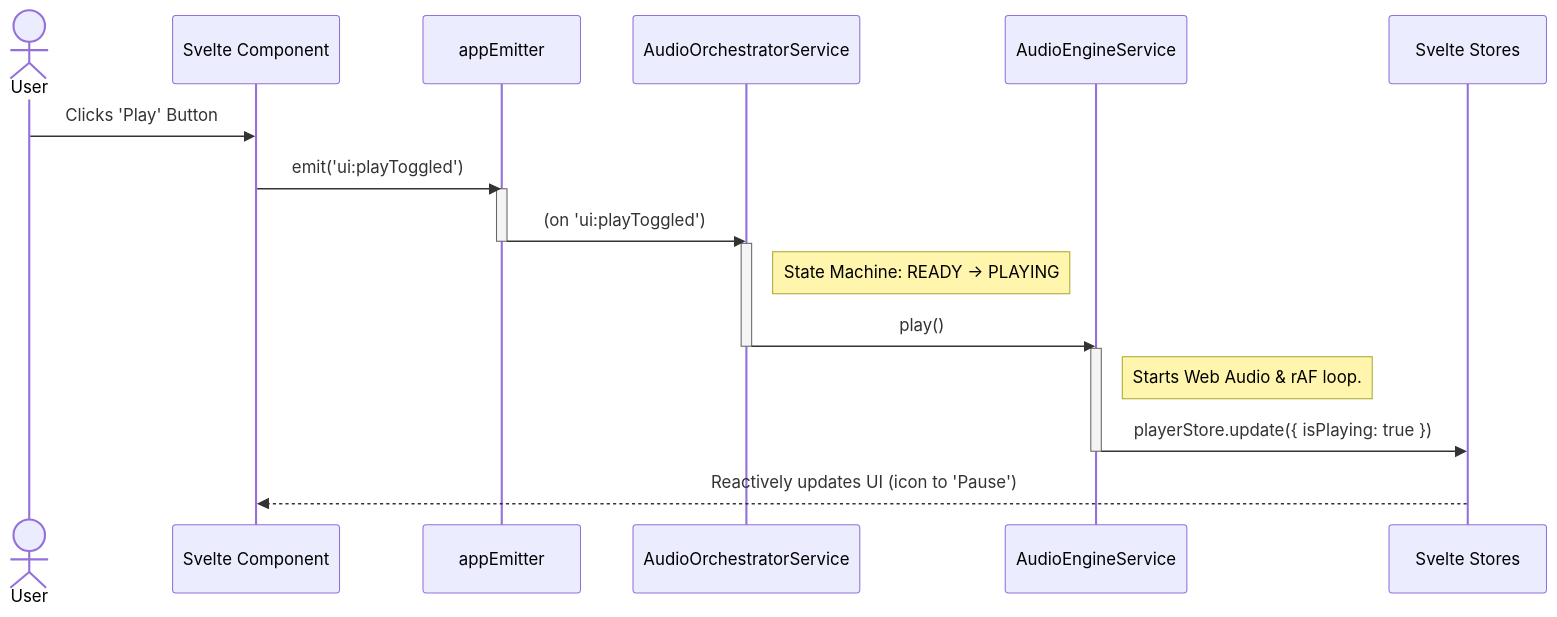
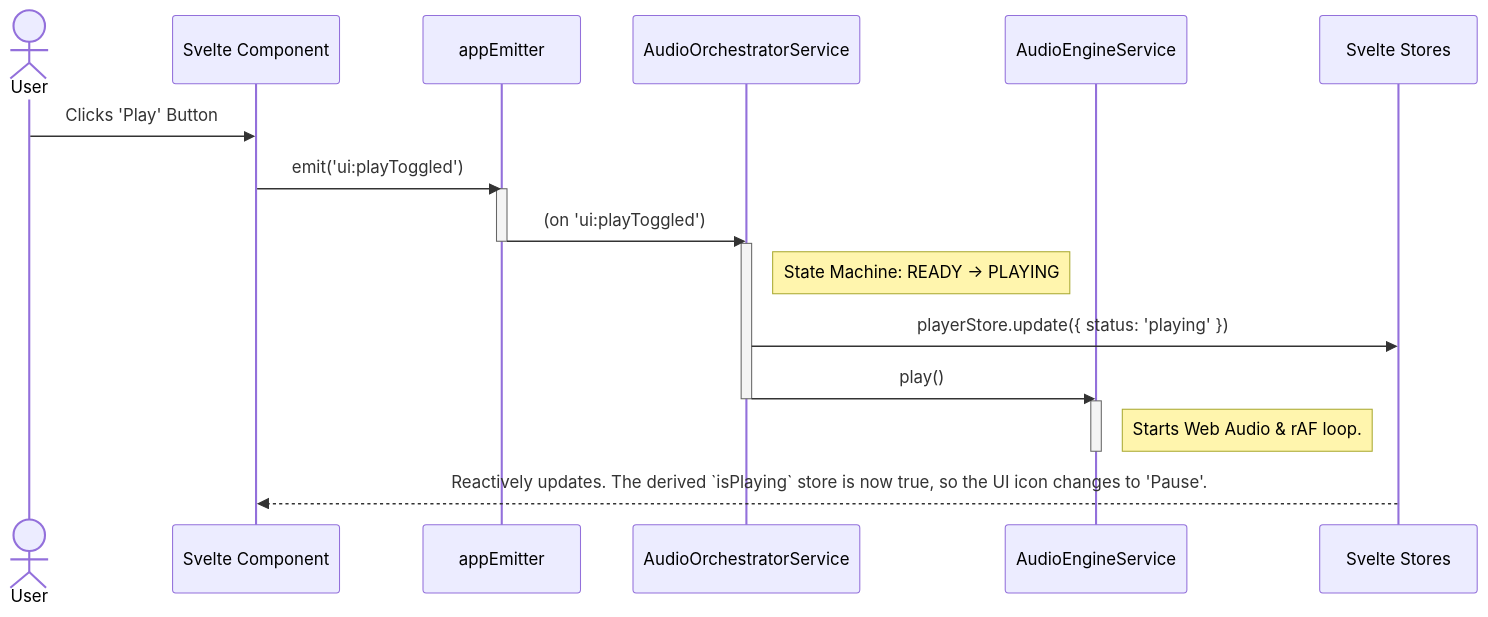
One commit to averykhoo/vibe-player-v3 changed the second of 4 diagrams in REFACTOR_PLAN.md. Above: the diagram before and after it, drawn with Mermaid. The commit also changed other lines of this file, not shown here.

````diff
--- a/REFACTOR_PLAN.md
+++ b/REFACTOR_PLAN.md
@@ -1257,28 +1251,28 @@
 ```mermaid
 sequenceDiagram
     actor User
     participant UI as Svelte Component
     participant Emitter as appEmitter
     participant Orchestrator as AudioOrchestratorService
     participant Engine as AudioEngineService
     participant Store as Svelte Stores
 
     User->>UI: Clicks 'Play' Button
     UI->>Emitter: emit('ui:playToggled')
     
     activate Emitter
     Emitter->>Orchestrator: (on 'ui:playToggled')
     deactivate Emitter
     
     activate Orchestrator
     note right of Orchestrator: State Machine: READY -> PLAYING
+    Orchestrator->>Store: playerStore.update({ status: 'playing' })
     Orchestrator->>Engine: play()
     deactivate Orchestrator
 
     activate Engine
     note right of Engine: Starts Web Audio & rAF loop.
-    Engine->>Store: playerStore.update({ isPlaying: true })
     deactivate Engine
     
-    Store-->>UI: Reactively updates UI (icon to 'Pause')
+    Store-->>UI: Reactively updates. The derived `isPlaying` store is now true, so the UI icon changes to 'Pause'.
 ```
````
